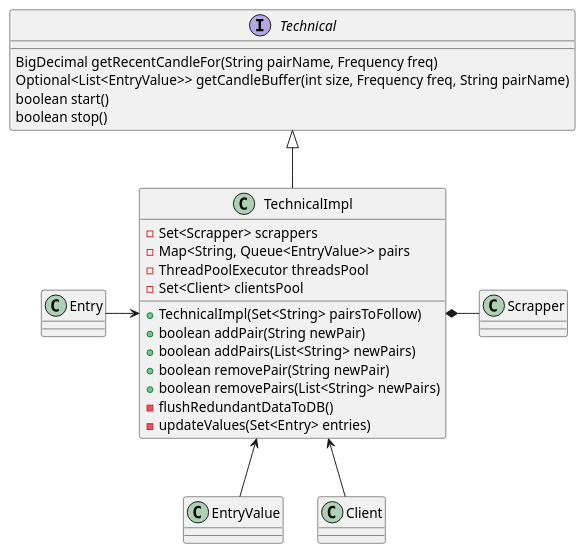
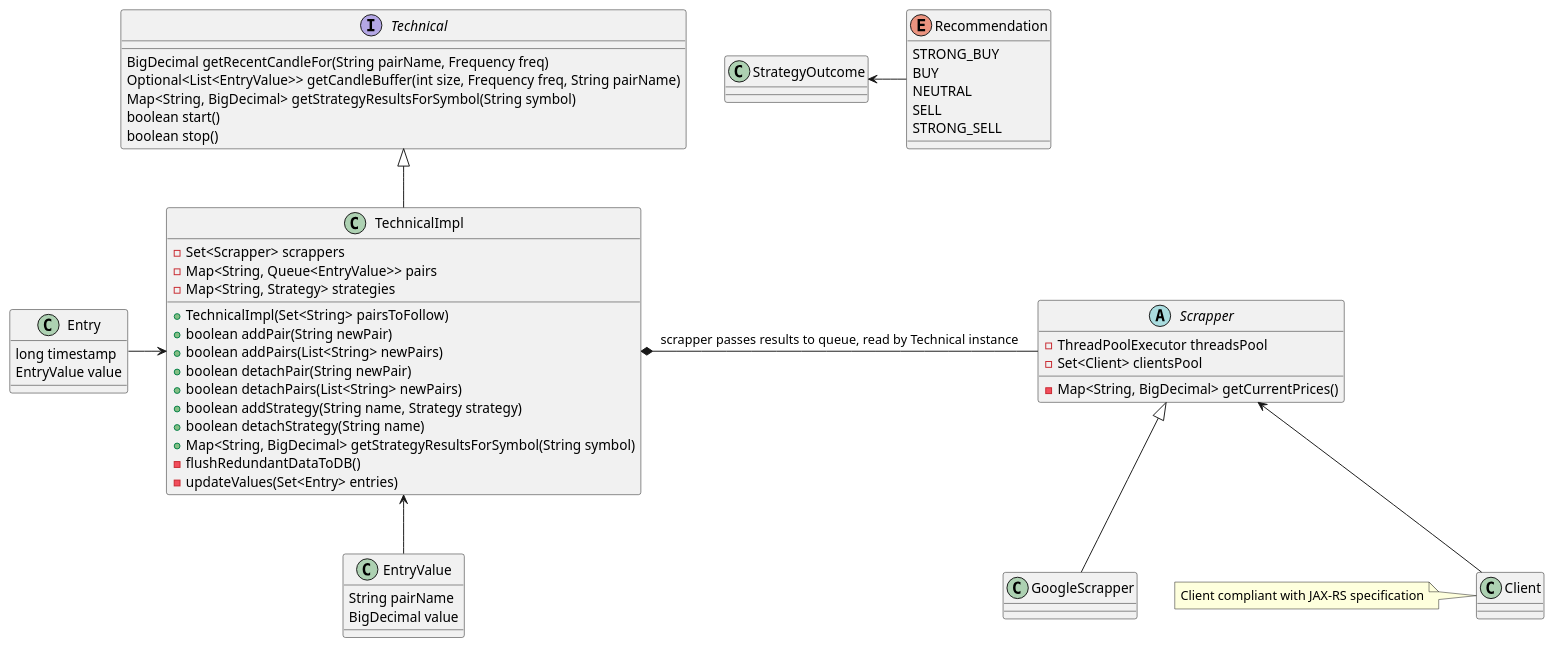
Before and after one commit to R-tooR/tradebot-game-concept: the diagram in components-details/Technical.puml, drawn with PlantUML.

Commit message:
Technical component designed

```diff
--- a/components-details/Technical.puml
+++ b/components-details/Technical.puml
@@ -1,58 +1,100 @@
 @startuml
 'https://plantuml.com/class-diagram
 
 'abstract class AbstractList
 'abstract AbstractCollection
 'interface List
 'interface Collection
 '
 'List <|-- AbstractList
 'Collection <|-- AbstractCollection
 '
 'Collection <|- List
 'AbstractCollection <|- AbstractList
 'AbstractList <|-- ArrayList
 '
 'class ArrayList {
 'Object[] elementData
 'size()
 '}
 '
 'enum TimeUnit {
 'DAYS
 'HOURS
 'MINUTES
 '}
 
 interface Technical {
   BigDecimal getRecentCandleFor(String pairName, Frequency freq)
   Optional<List<EntryValue>> getCandleBuffer(int size, Frequency freq, String pairName)
+  Map<String, BigDecimal> getStrategyResultsForSymbol(String symbol)
   boolean start()
   boolean stop()
 }
 
 Technical <|-- TechnicalImpl
 
 class TechnicalImpl {
 - Set<Scrapper> scrappers
 - Map<String, Queue<EntryValue>> pairs
-- ThreadPoolExecutor threadsPool
-- Set<Client> clientsPool
+- Map<String, Strategy> strategies
+
 'rozważ zrobienie czegoś w stylu time-series DB - warto rozważyć np. InfluxDB
 + TechnicalImpl(Set<String> pairsToFollow)
 + boolean addPair(String newPair)
 + boolean addPairs(List<String> newPairs)
-+ boolean removePair(String newPair)
-+ boolean removePairs(List<String> newPairs)
++ boolean detachPair(String newPair)
++ boolean detachPairs(List<String> newPairs)
++ boolean addStrategy(String name, Strategy strategy)
++ boolean detachStrategy(String name)
++ Map<String, BigDecimal> getStrategyResultsForSymbol(String symbol)
 ' żeby nie kisić nadmiaru danych w pamięci JVM, można ich nadmiar wyrzucić do bazy danych
+' jest javowy klient InfluxDB który pozwlala na zapisywanie do bazy okresowo
 - flushRedundantDataToDB()
 - updateValues(Set<Entry> entries)
 
 }
 
-TechnicalImpl *- Scrapper
+class Entry {
+    long timestamp
+    EntryValue value
+}
+
+class EntryValue {
+    String pairName
+    BigDecimal value
+}
+
+TechnicalImpl *- Scrapper : scrapper passes results to queue, read by Technical instance
 TechnicalImpl <-- EntryValue
+'TechnicalImpl <-- StrategyOutcome
+StrategyOutcome <- Recommendation
 Entry -> TechnicalImpl
-TechnicalImpl <-- Client
+Scrapper <-- Client
+note left
+Client compliant with JAX-RS specification
+end note
 
+abstract class Scrapper {
+    - ThreadPoolExecutor threadsPool
+    - Set<Client> clientsPool
+
+    - Map<String, BigDecimal> getCurrentPrices()
+}
+
+class GoogleScrapper extends Scrapper {
+}
+
+'class StrategyOutcome {
+'    BigDecimal result
+'    Recommendation recommendation
+'}
+
+enum Recommendation {
+STRONG_BUY
+BUY
+NEUTRAL
+SELL
+STRONG_SELL
+}
 @enduml
```
